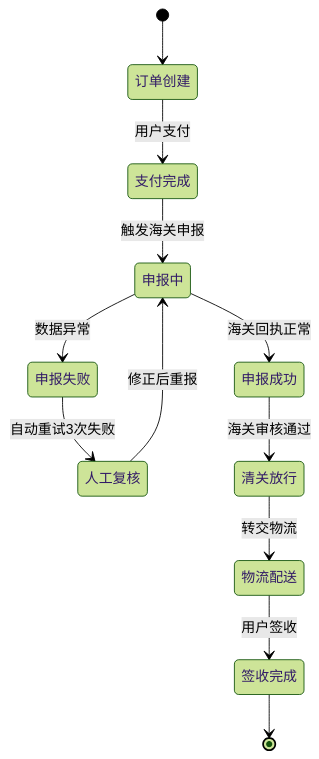
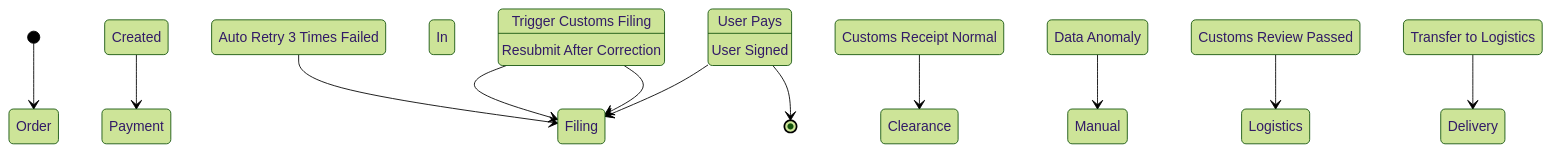
Before and after one commit to teaglebuilt/knowledge-tree: the third of 6 diagrams in tree/application/architecture/cross-border-ecommerce.md, drawn with Mermaid (forest theme). The commit also changed other lines of this file and 16 other files, not shown here.

````diff
--- a/tree/application/architecture/cross-border-ecommerce.md
+++ b/tree/application/architecture/cross-border-ecommerce.md
@@ -244,14 +205,14 @@
 ```mermaid
 stateDiagram-v2
-    [*] --> 订单创建
-    订单创建 --> 支付完成: 用户支付
-    支付完成 --> 申报中: 触发海关申报
-    申报中 --> 申报成功: 海关回执正常
-    申报中 --> 申报失败: 数据异常
-    申报失败 --> 人工复核: 自动重试3次失败
-    人工复核 --> 申报中: 修正后重报
-    申报成功 --> 清关放行: 海关审核通过
-    清关放行 --> 物流配送: 转交物流
-    物流配送 --> 签收完成: 用户签收
-    签收完成 --> [*]
+    [*] --> Order Created
+    Order Created --> Payment Complete: User Pays
+    Payment Complete --> Filing In Progress: Trigger Customs Filing
+    Filing In Progress --> Filing Success: Customs Receipt Normal
+    Filing In Progress --> Filing Failed: Data Anomaly
+    Filing Failed --> Manual Review: Auto Retry 3 Times Failed
+    Manual Review --> Filing In Progress: Resubmit After Correction
+    Filing Success --> Clearance Release: Customs Review Passed
+    Clearance Release --> Logistics Dispatch: Transfer to Logistics
+    Logistics Dispatch --> Delivery Complete: User Signed
+    Delivery Complete --> [*]
 ```
````
